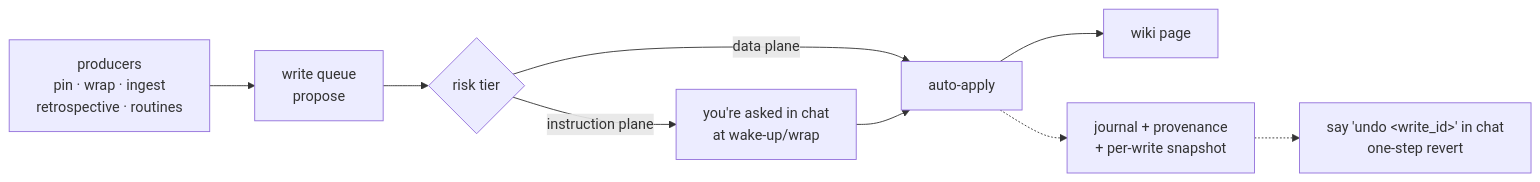
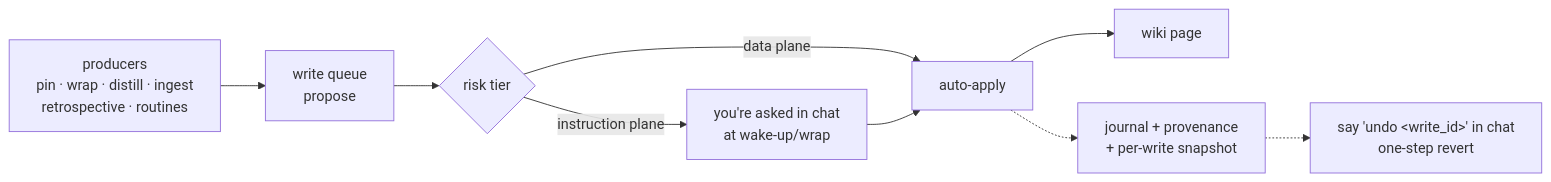
One commit to hazarsozer/ren-os changed the second of 2 diagrams in README.md. Above: the diagram before and after it, drawn with Mermaid. The commit also changed other lines of this file and 3 other files, not shown here.

Commit message:
docs(readme): value-first rewrite for 0.8.0 + fresh architecture deep-dive and SVG visuals

````diff
--- a/README.md
+++ b/README.md
@@ -114,10 +181,10 @@
 ```mermaid
 flowchart LR
-    P["producers<br/>pin · wrap · ingest<br/>retrospective · routines"] --> Q["write queue<br/>propose"]
+    P["producers<br/>pin · wrap · distill · ingest<br/>retrospective · routines"] --> Q["write queue<br/>propose"]
     Q --> T{"risk tier"}
     T -- data plane --> A["auto-apply"]
     T -- instruction plane --> R["you're asked in chat<br/>at wake-up/wrap"] --> A
     A --> W["wiki page"]
     A -.-> J["journal + provenance<br/>+ per-write snapshot"]
     J -.-> V["say 'undo &lt;write_id&gt;' in chat<br/>one-step revert"]
 ```
````
